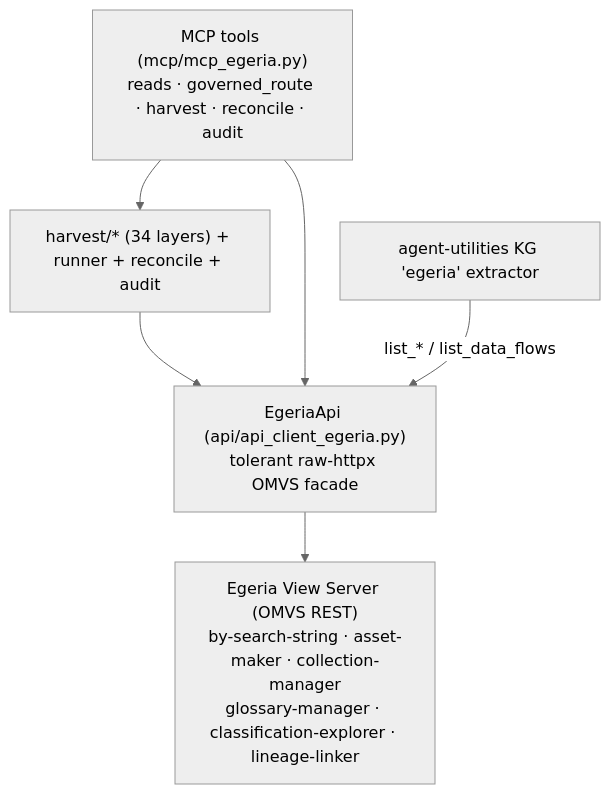
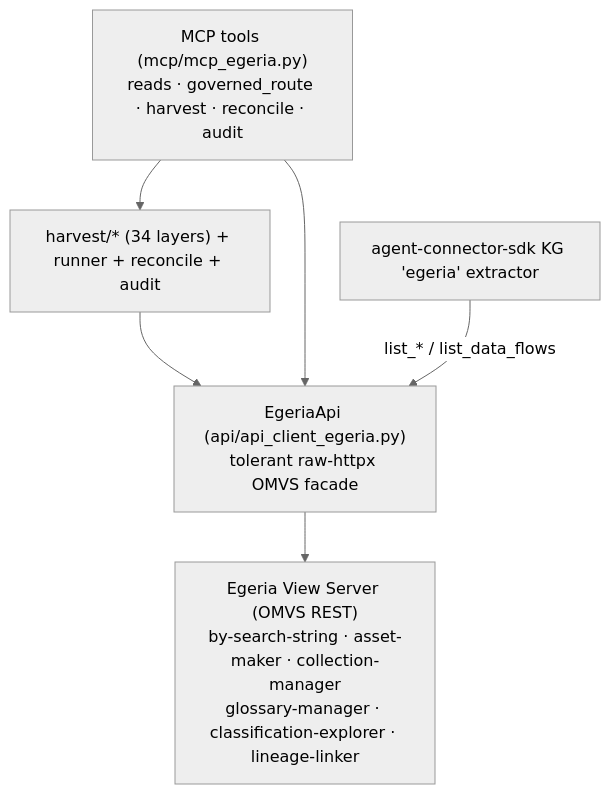
One commit to Knuckles-Team/egeria-mcp changed the second of 4 diagrams in docs/architecture.md. Above: the diagram before and after it, drawn with Mermaid (neutral theme). The commit also changed 28 other files, not shown here.

First line of the commit message:
refactor: depend only on agent-connector-sdk (remove agent-utilities)

````diff
--- a/docs/architecture.md
+++ b/docs/architecture.md
@@ -39,10 +39,10 @@
 ```mermaid
 flowchart TB
     MCP["MCP tools (mcp/mcp_egeria.py)<br/>reads · governed_route · harvest · reconcile · audit"]
     HARV["harvest/* (34 layers) + runner + reconcile + audit"]
     API["EgeriaApi (api/api_client_egeria.py)<br/>tolerant raw-httpx OMVS facade"]
     OMVS["Egeria View Server (OMVS REST)<br/>by-search-string · asset-maker · collection-manager<br/>glossary-manager · classification-explorer · lineage-linker"]
     MCP --> HARV --> API --> OMVS
     MCP --> API
-    EXT["agent-utilities KG 'egeria' extractor"] -->|"list_* / list_data_flows"| API
+    EXT["agent-connector-sdk KG 'egeria' extractor"] -->|"list_* / list_data_flows"| API
 ```
````
